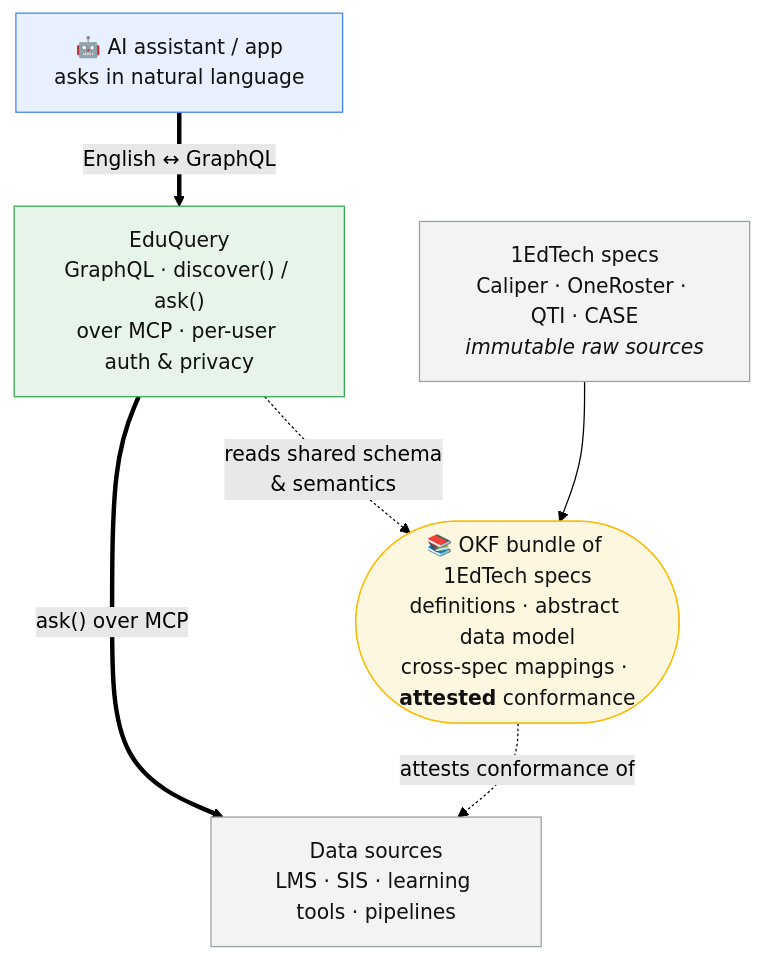
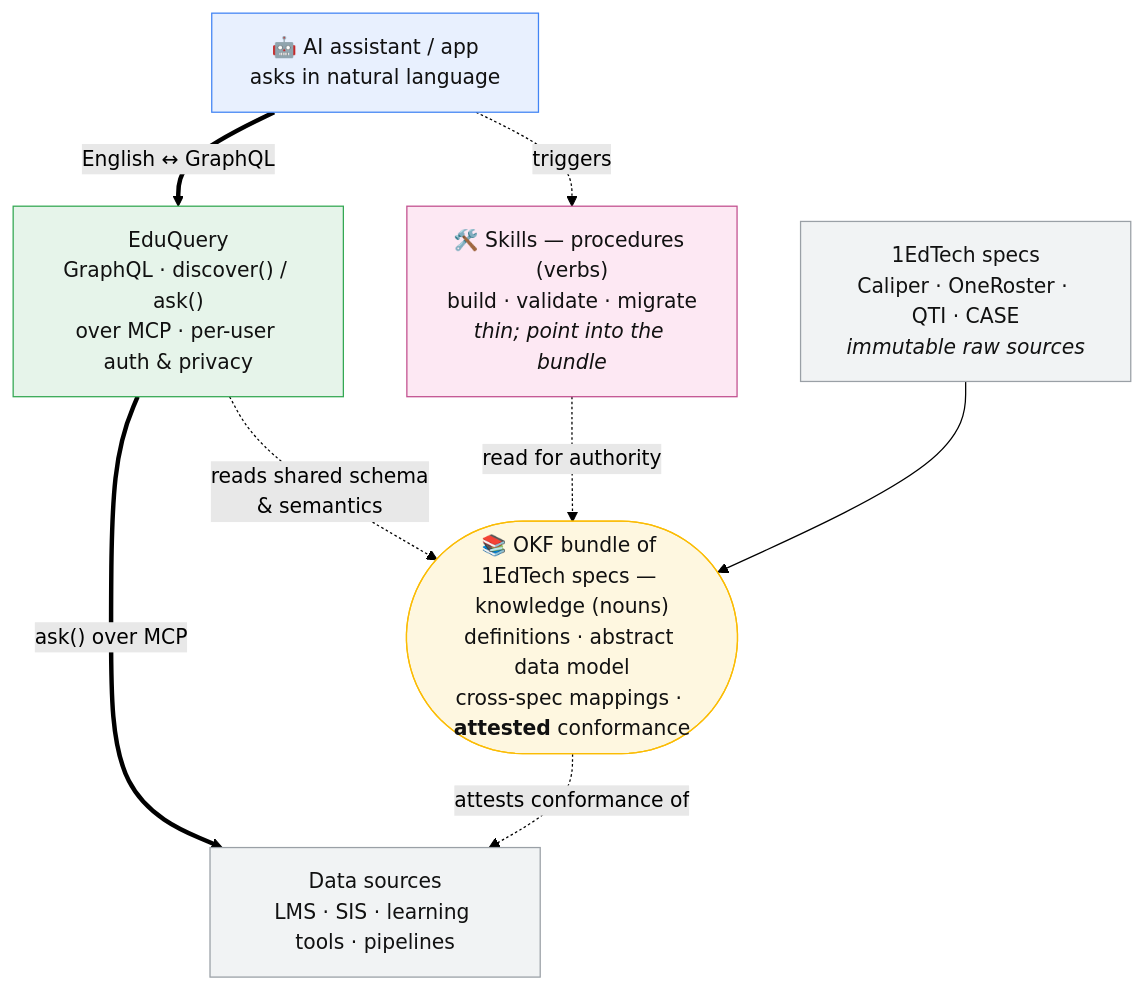
One commit to apenutmize/llm-wiki-wiki changed the diagram in summaries/okf-for-1edtech-specs.md. Above: the diagram before and after it, drawn with Mermaid (forest theme). The commit also changed other lines of this file and 13 other files, not shown here.

First line of the commit message:
Ingest: Aracil "AI-ready standards" deck + add Skills layer to OKF-for-1EdTech

````diff
--- a/summaries/okf-for-1edtech-specs.md
+++ b/summaries/okf-for-1edtech-specs.md
@@ -24,20 +24,24 @@
 ```mermaid
 flowchart TB
     AI["🤖 AI assistant / app<br/>asks in natural language"]
+    SK["🛠️ Skills — procedures (verbs)<br/>build · validate · migrate<br/><i>thin; point into the bundle</i>"]
     EQ["EduQuery<br/>GraphQL · discover() / ask()<br/>over MCP · per-user auth & privacy"]
     DS["Data sources<br/>LMS · SIS · learning tools · pipelines"]
-    KB(["📚 OKF bundle of 1EdTech specs<br/>definitions · abstract data model<br/>cross-spec mappings · <b>attested</b> conformance"])
+    KB(["📚 OKF bundle of 1EdTech specs — knowledge (nouns)<br/>definitions · abstract data model<br/>cross-spec mappings · <b>attested</b> conformance"])
     SPEC["1EdTech specs<br/>Caliper · OneRoster · QTI · CASE<br/><i>immutable raw sources</i>"]
 
     AI == "English ↔ GraphQL" ==> EQ
+    AI -. "triggers" .-> SK
+    SK -. "read for authority" .-> KB
     EQ == "ask() over MCP" ==> DS
     EQ -. "reads shared schema<br/>& semantics" .-> KB
     KB -. "attests conformance of" .-> DS
     SPEC --> KB
 
     classDef ai fill:#e8f0fe,stroke:#4285f4,color:#111;
     classDef access fill:#e6f4ea,stroke:#34a853,color:#111;
+    classDef skill fill:#fde8f3,stroke:#c2508f,color:#111;
     classDef bundle fill:#fef7e0,stroke:#fbbc04,color:#111;
     classDef data fill:#f1f3f4,stroke:#9aa0a6,color:#111;
-    class AI ai; class EQ access; class KB bundle; class DS,SPEC data;
+    class AI ai; class EQ access; class SK skill; class KB bundle; class DS,SPEC data;
 ```
````
